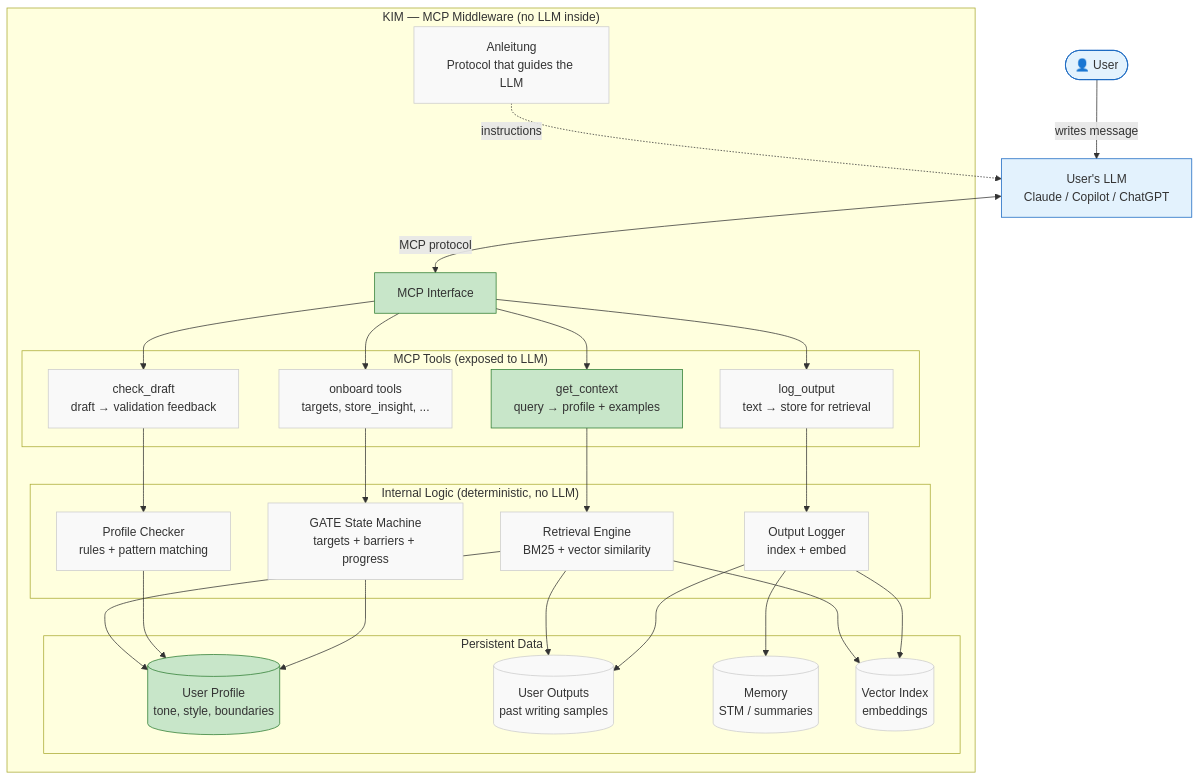
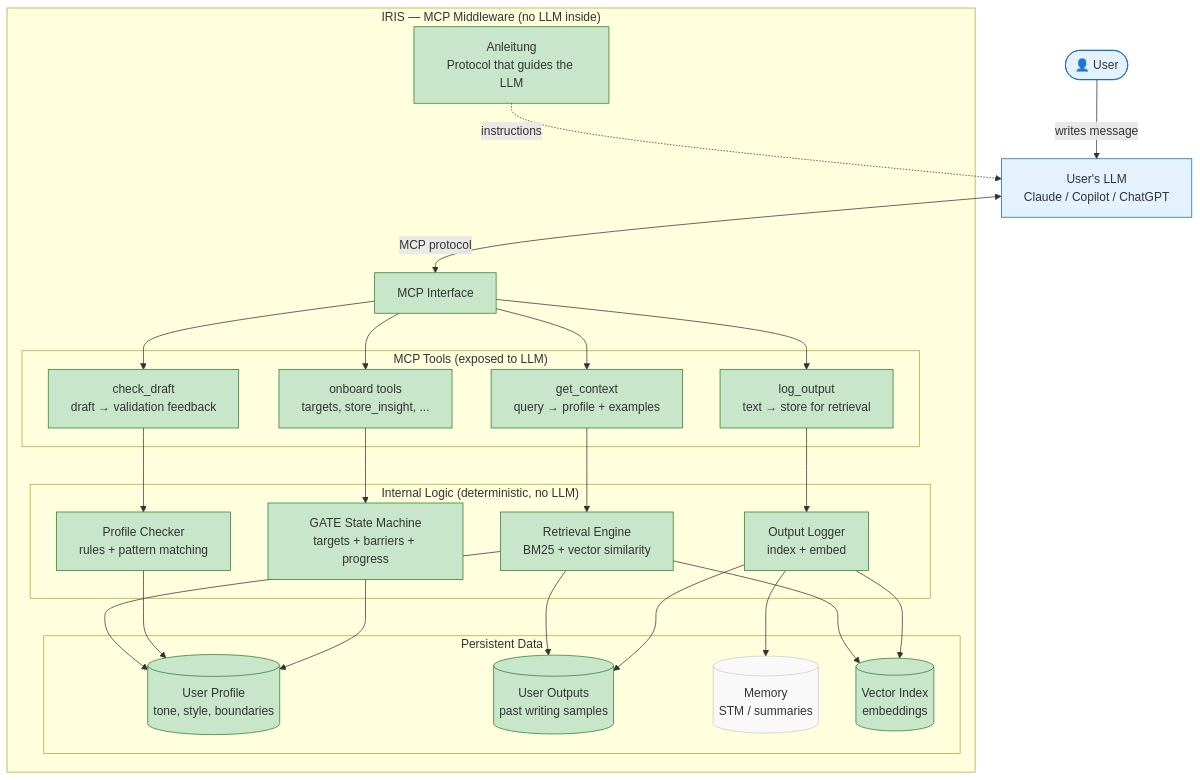
One commit to JuanWiegmann/IRIS changed the first of 7 diagrams in ARCHITECTURE.md. Above: the diagram before and after it, drawn with Mermaid. The commit also changed other lines of this file and 70 other files, not shown here.

First line of the commit message:
feat: complete IRIS core segments - all tools operational

````diff
--- a/ARCHITECTURE.md
+++ b/ARCHITECTURE.md
@@ -13,8 +13,8 @@
     %% ═══ MCP CONNECTION ═══
     LLM <-->|MCP protocol| MCP
 
-    %% ═══ KIM MCP SERVER ═══
-    subgraph KIM["KIM — MCP Middleware (no LLM inside)"]
+    %% ═══ IRIS MCP SERVER ═══
+    subgraph IRIS["IRIS — MCP Middleware (no LLM inside)"]
 
         MCP[MCP Interface]
 
@@ -74,24 +74,24 @@
     %% MCP Interface — Segment 1 (built)
     style MCP fill:#C8E6C9,stroke:#2E7D32
 
-    %% Tools — Segment 1 (get_context built, others planned)
+    %% Tools — ALL BUILT
     style T_ctx fill:#C8E6C9,stroke:#2E7D32
-    style T_chk fill:#f9f9f9,stroke:#ccc
-    style T_onb fill:#f9f9f9,stroke:#ccc
-    style T_log fill:#f9f9f9,stroke:#ccc
+    style T_chk fill:#C8E6C9,stroke:#2E7D32
+    style T_onb fill:#C8E6C9,stroke:#2E7D32
+    style T_log fill:#C8E6C9,stroke:#2E7D32
 
-    %% Logic — Segments 3-5 (planned)
-    style L_ret fill:#f9f9f9,stroke:#ccc
-    style L_chk fill:#f9f9f9,stroke:#ccc
-    style L_gate fill:#f9f9f9,stroke:#ccc
-    style L_log fill:#f9f9f9,stroke:#ccc
+    %% Logic — ALL BUILT
+    style L_ret fill:#C8E6C9,stroke:#2E7D32
+    style L_chk fill:#C8E6C9,stroke:#2E7D32
+    style L_gate fill:#C8E6C9,stroke:#2E7D32
+    style L_log fill:#C8E6C9,stroke:#2E7D32
 
-    %% Data — Segment 2 (profile built, outputs/memory/vectors planned)
+    %% Data — ALL BUILT
     style D_prof fill:#C8E6C9,stroke:#2E7D32
-    style D_out fill:#f9f9f9,stroke:#ccc
+    style D_out fill:#C8E6C9,stroke:#2E7D32
     style D_mem fill:#f9f9f9,stroke:#ccc
-    style D_vec fill:#f9f9f9,stroke:#ccc
+    style D_vec fill:#C8E6C9,stroke:#2E7D32
 
-    %% Anleitung — Segment 6 (planned)
-    style Anleitung fill:#f9f9f9,stroke:#ccc
+    %% Anleitung — BUILT
+    style Anleitung fill:#C8E6C9,stroke:#2E7D32
 ```
````
